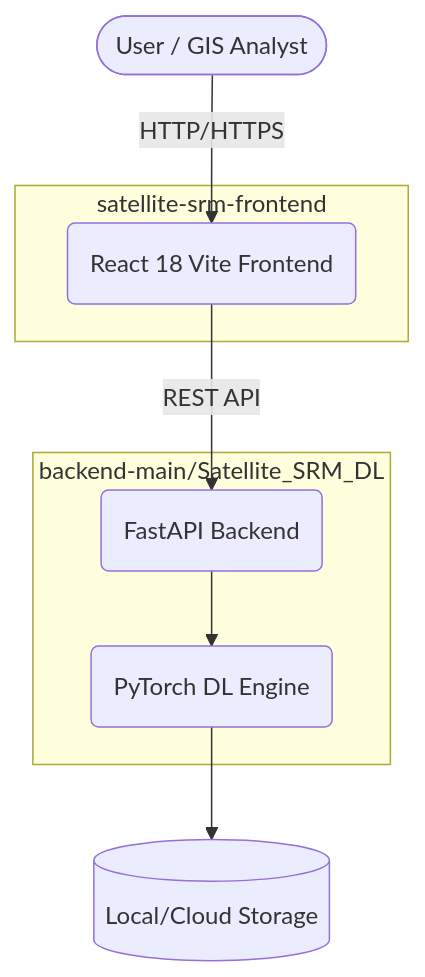
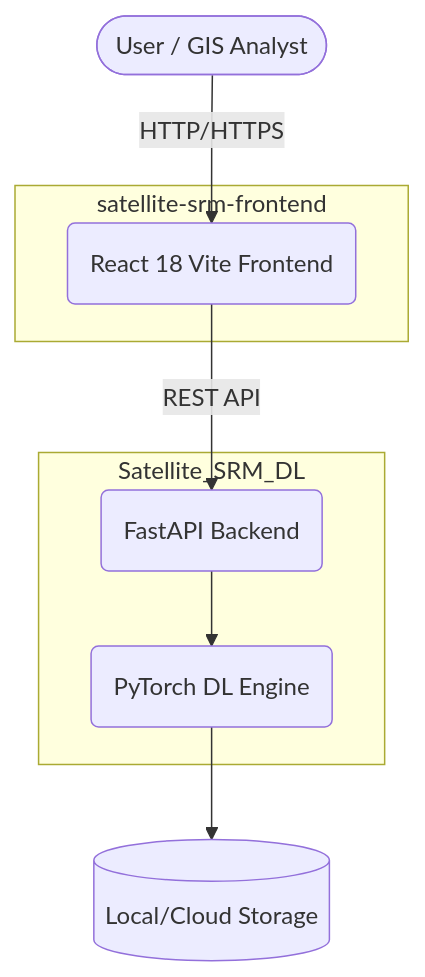
One commit to Surya9918/SIH_satellite_srm changed the diagram in docs/ARCHITECTURE.md. Above: the diagram before and after it, drawn with Mermaid. The commit also changed 8 other files, not shown here.

Commit message:
fix: update all project paths to reflect new Satellite_SRM_DL directory

````diff
--- a/docs/ARCHITECTURE.md
+++ b/docs/ARCHITECTURE.md
@@ -8,16 +8,16 @@
 ```mermaid
 graph TD
     User([User / GIS Analyst]) -->|HTTP/HTTPS| ReactApp(React 18 Vite Frontend)
     ReactApp -->|REST API| FastAPI(FastAPI Backend)
     FastAPI --> Engine(PyTorch DL Engine)
     Engine --> Disk[(Local/Cloud Storage)]
     
     subgraph Frontend [satellite-srm-frontend]
     ReactApp
     end
 
-    subgraph Backend [backend-main/Satellite_SRM_DL]
+    subgraph Backend [Satellite_SRM_DL]
     FastAPI
     Engine
     end
 ```
````
